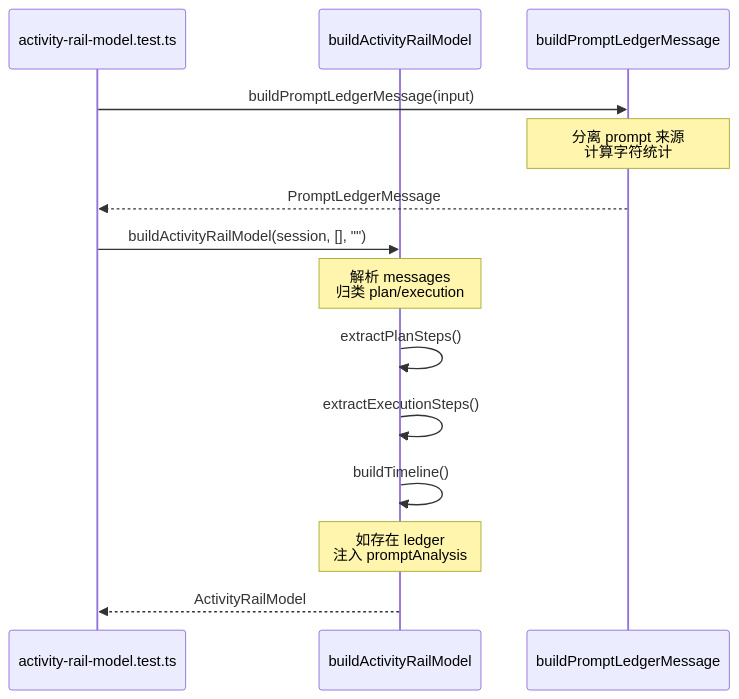
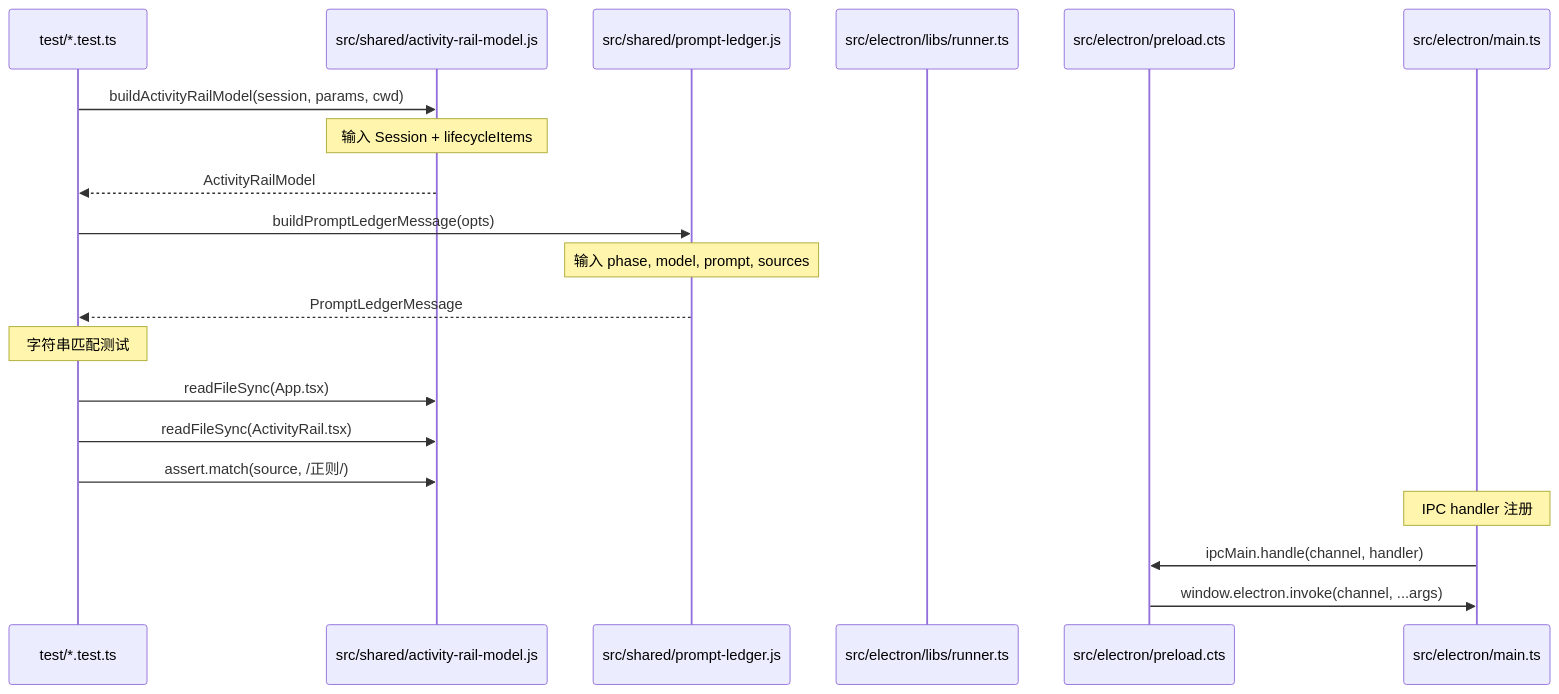
The second of 3 diagrams in .tech/repowiki/zh/content/核心模块规格/测试体系总览.md (lst016/tech-cc-hub), drawn with Mermaid before and after one commit. The commit also changed other lines of this file and 195 other files, not shown here.

````diff
--- a/.tech/repowiki/zh/content/核心模块规格/测试体系总览.md
+++ b/.tech/repowiki/zh/content/核心模块规格/测试体系总览.md
@@ -206,18 +193,26 @@
 ```mermaid
 sequenceDiagram
-    participant Test as activity-rail-model.test.ts
-    participant Model as buildActivityRailModel
-    participant Ledger as buildPromptLedgerMessage
+    participant Test as test/*.test.ts
+    participant Shared as src/shared/activity-rail-model.js
+    participant Ledger as src/shared/prompt-ledger.js
+    participant RunnerLib as src/electron/libs/runner.ts
+    participant Preload as src/electron/preload.cts
+    participant Main as src/electron/main.ts
 
-    Test->>Ledger: buildPromptLedgerMessage(input)
-    Note over Ledger: 分离 prompt 来源<br/>计算字符统计
+    Test->>Shared: buildActivityRailModel(session, params, cwd)
+    Note over Shared: 输入 Session + lifecycleItems
+    Shared-->>Test: ActivityRailModel
+
+    Test->>Ledger: buildPromptLedgerMessage(opts)
+    Note over Ledger: 输入 phase, model, prompt, sources
     Ledger-->>Test: PromptLedgerMessage
 
-    Test->>Model: buildActivityRailModel(session, [], "")
-    Note over Model: 解析 messages<br/>归类 plan/execution
-    Model->>Model: extractPlanSteps()
-    Model->>Model: extractExecutionSteps()
-    Model->>Model: buildTimeline()
-    Note over Model: 如存在 ledger<br/>注入 promptAnalysis
-    Model-->>Test: ActivityRailModel
+    Note over Test: 字符串匹配测试
+    Test->>Shared: readFileSync(App.tsx)
+    Test->>Shared: readFileSync(ActivityRail.tsx)
+    Test->>Shared: assert.match(source, /正则/)
+
+    Note over Main: IPC handler 注册
+    Main->>Preload: ipcMain.handle(channel, handler)
+    Preload->>Main: window.electron.invoke(channel, ...args)
 ```
````
